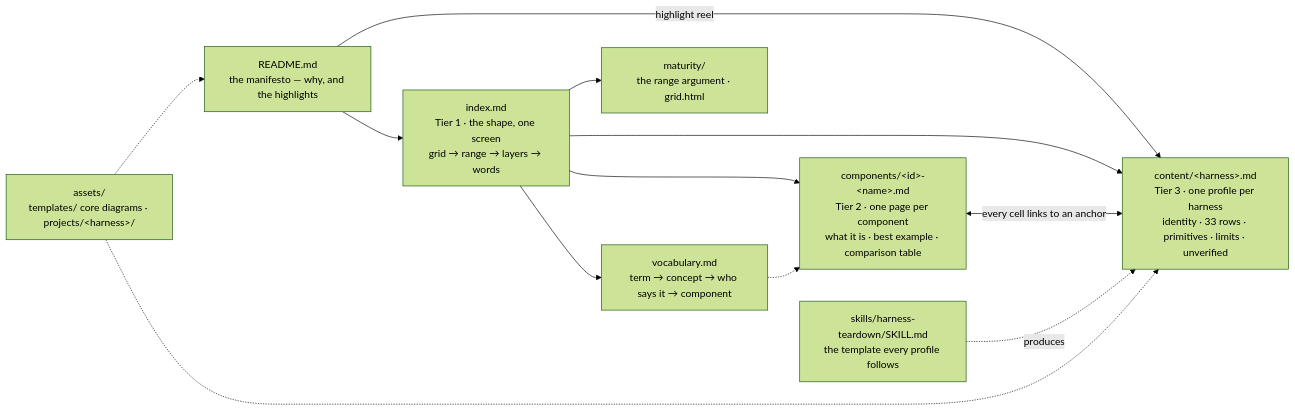
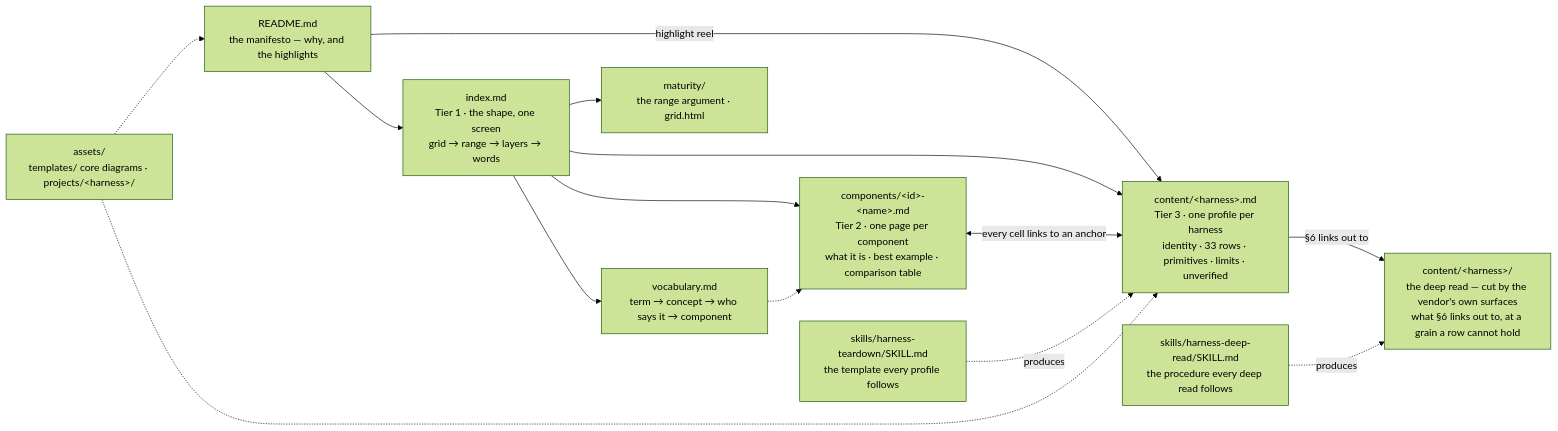
One commit to shi503/harness-atlas changed the second of 2 diagrams in README.md. Above: the diagram before and after it, drawn with Mermaid (forest theme). The commit also changed other lines of this file and 1 other file, not shown here.

First line of the commit message:
fix(W12): the front page knows the deep reads exist, and stops advertising a repository that does not

````diff
--- a/README.md
+++ b/README.md
@@ -125,22 +143,25 @@
 ```mermaid
 flowchart LR
   readme["README.md<br/>the manifesto — why, and the highlights"]
   index["index.md<br/>Tier 1 · the shape, one screen<br/>grid → range → layers → words"]
   content["content/&lt;harness&gt;.md<br/>Tier 3 · one profile per harness<br/>identity · 33 rows · primitives · limits · unverified"]
+  deepread["content/&lt;harness&gt;/<br/>the deep read — cut by the vendor's own surfaces<br/>what §6 links out to, at a grain a row cannot hold"]
   components["components/&lt;id&gt;-&lt;name&gt;.md<br/>Tier 2 · one page per component<br/>what it is · best example · comparison table"]
   vocab["vocabulary.md<br/>term → concept → who says it → component"]
   maturity["maturity/<br/>the range argument · grid.html"]
   skill["skills/harness-teardown/SKILL.md<br/>the template every profile follows"]
   assets["assets/<br/>templates/ core diagrams · projects/&lt;harness&gt;/"]
   readme --> index
   readme -->|"highlight reel"| content
   index --> content
   index --> components
   index --> maturity
   index --> vocab
   components <-->|"every cell links to an anchor"| content
   skill -.->|"produces"| content
+  content -->|"§6 links out to"| deepread
+  deepskill["skills/harness-deep-read/SKILL.md<br/>the procedure every deep read follows"] -.->|"produces"| deepread
   vocab -.-> components
   assets -.-> readme
   assets -.-> content
 ```
````
